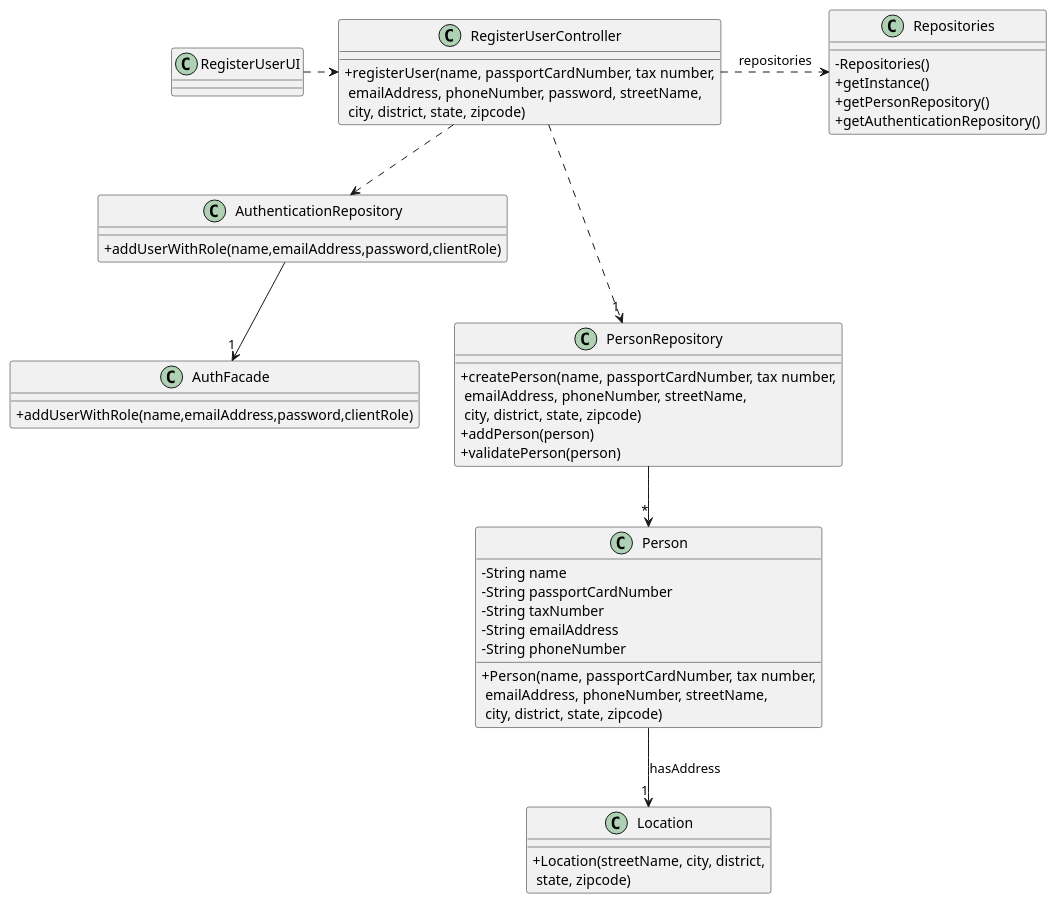
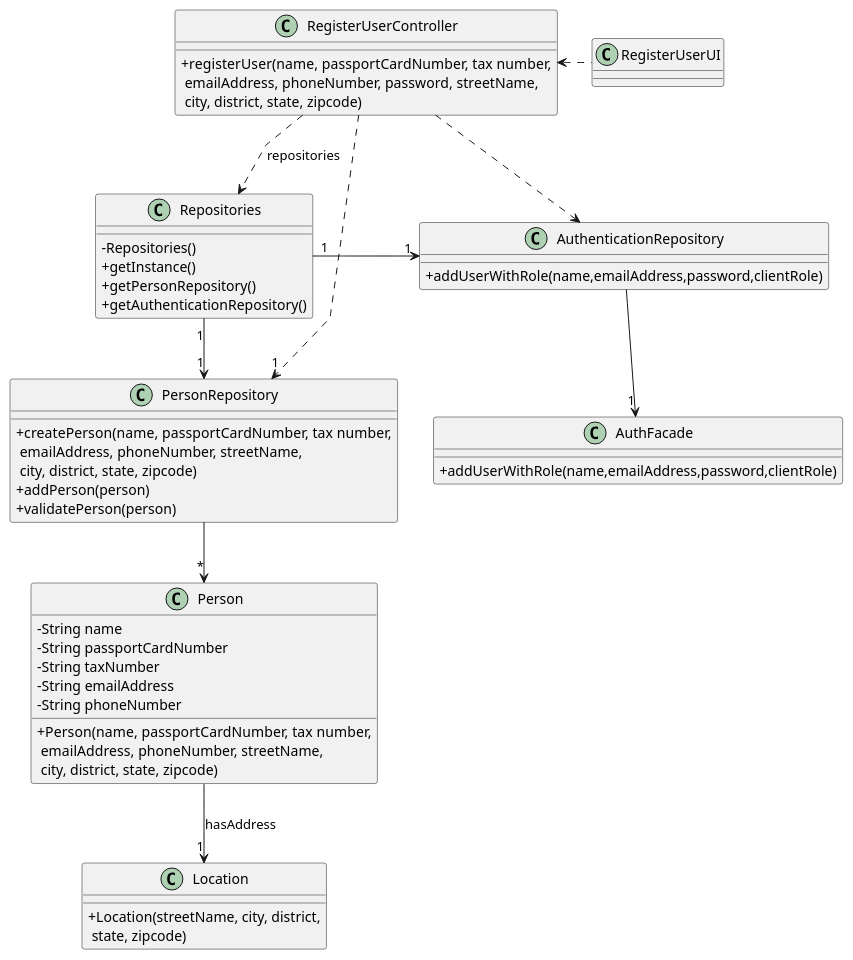
The diagram in docs/sprintB/us007/03.design/puml/us007-class-diagram.puml (rita-barbosa/LAPR2-2223), drawn with PlantUML before and after one commit. The commit also changed 1 other file, not shown here.

Commit message:
Class Diagram and SD update, no svg [US007] [Design]

```diff
--- a/docs/sprintB/us007/03.design/puml/us007-class-diagram.puml
+++ b/docs/sprintB/us007/03.design/puml/us007-class-diagram.puml
@@ -1,64 +1,67 @@
 @startuml
 'skinparam monochrome true
 skinparam packageStyle rectangle
 skinparam shadowing false
 skinparam linetype polyline
 'skinparam linetype orto
 
 skinparam classAttributeIconSize 0
 
 class RegisterUserUI
 {
 
 }
 class RegisterUserController
 {
 + registerUser(name, passportCardNumber, tax number,\n emailAddress, phoneNumber, password, streetName,\n city, district, state, zipcode)
 }
 class AuthenticationRepository
 {
 + addUserWithRole(name,emailAddress,password,clientRole)
 }
 class Person
 {
 -String name
 -String passportCardNumber
 -String taxNumber
 -String emailAddress
 -String phoneNumber
 
 + Person(name, passportCardNumber, tax number,\n emailAddress, phoneNumber, streetName,\n city, district, state, zipcode)
 
 }
 class PersonRepository
 {
 + createPerson(name, passportCardNumber, tax number,\n emailAddress, phoneNumber, streetName,\n city, district, state, zipcode)
 + addPerson(person)
 + validatePerson(person)
 }
 class AuthFacade
 {
 + addUserWithRole(name,emailAddress,password,clientRole)
 }
 class Repositories
 {
  - Repositories()
  + getInstance()
  + getPersonRepository()
  + getAuthenticationRepository()
 }
 class Location
 {
 + Location(streetName, city, district,\n state, zipcode)
 }
 
 
-RegisterUserUI .> RegisterUserController
+RegisterUserUI .left> RegisterUserController
 RegisterUserController .> Repositories : repositories
 RegisterUserController .--> "1" PersonRepository
 RegisterUserController .-> AuthenticationRepository
+
+Repositories "1" -> "1" PersonRepository
+Repositories "1" -> "1" AuthenticationRepository
 
 PersonRepository  --> "*" Person
 Person --> "1" Location : hasAddress
 AuthenticationRepository --> "1" AuthFacade
 @enduml
```
